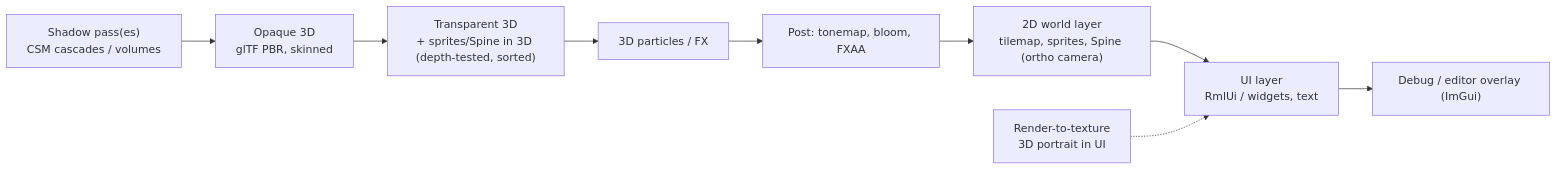
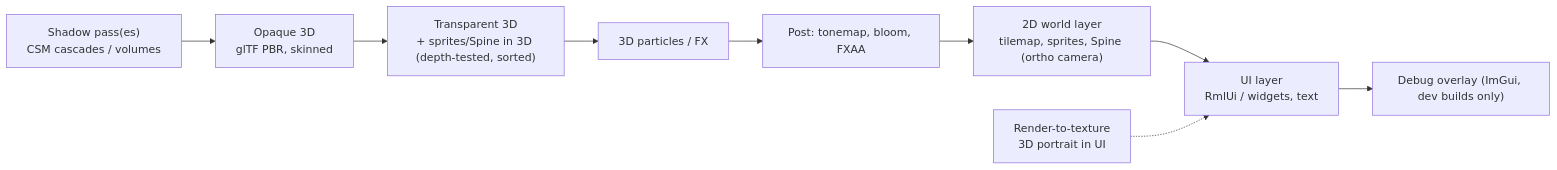
Before and after one commit to WSLHermesAI/TOMS: the diagram in docs/EngineBlueprint/09_RENDERING_2D_3D.md, drawn with Mermaid. The commit also changed other lines of this file and 52 other files, not shown here.

````diff
--- a/docs/EngineBlueprint/09_RENDERING_2D_3D.md
+++ b/docs/EngineBlueprint/09_RENDERING_2D_3D.md
@@ -71,11 +84,11 @@
 ```mermaid
 flowchart LR
     SH["Shadow pass(es)<br/>CSM cascades / volumes"] --> OP["Opaque 3D<br/>glTF PBR, skinned"]
     OP --> TR["Transparent 3D<br/>+ sprites/Spine in 3D (depth-tested, sorted)"]
     TR --> FX["3D particles / FX"]
     FX --> PP["Post: tonemap, bloom, FXAA"]
     PP --> W2["2D world layer<br/>tilemap, sprites, Spine (ortho camera)"]
     W2 --> UI["UI layer<br/>RmlUi / widgets, text"]
-    UI --> DBG["Debug / editor overlay (ImGui)"]
+    UI --> DBG["Debug overlay (ImGui, dev builds only)"]
     RT["Render-to-texture<br/>3D portrait in UI"] -.-> UI
 ```
````
